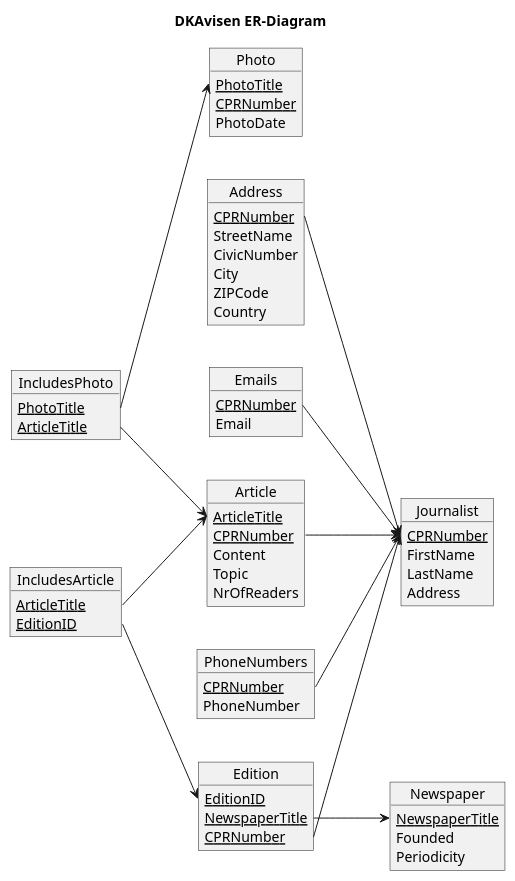
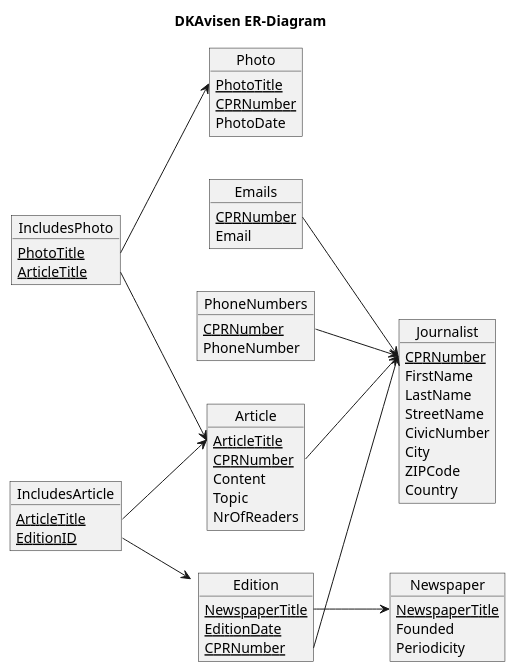
The diagram in Diagrams/ER-Diagram.pu (TobyNatooor/database_proj_group_1), drawn with PlantUML before and after one commit.

```diff
--- a/Diagrams/ER-Diagram.pu
+++ b/Diagrams/ER-Diagram.pu
@@ -1,80 +1,74 @@
 @startuml logical_design_diagram
 title DKAvisen ER-Diagram
 left to right direction
 skinparam linetype polyline
 ' skinparam linetype ortho
 
 Object Journalist {
     <u>CPRNumber
     FirstName
     LastName
-    Address
+    StreetName
+    CivicNumber
+    City
+    ZIPCode
+    Country
 }
 
 Object Emails {
     <u>CPRNumber
     Email
 }
 Emails::CPRNumber --> Journalist::CPRNumber
 
 Object PhoneNumbers {
     <u>CPRNumber
     PhoneNumber
 }
 PhoneNumbers::CPRNumber --> Journalist::CPRNumber
-
-Object Address {
-    <u>CPRNumber
-    StreetName
-    CivicNumber
-    City
-    ZIPCode
-    Country
-}
-Address::CPRNumber --> Journalist::CPRNumber
 
 Object Article {
     <u>ArticleTitle
     <u>CPRNumber
     Content
     Topic
     NrOfReaders
 }
 Article::CPRNumber --> Journalist::CPRNumber
 
 Object Photo {
     <u>PhotoTitle
     <u>CPRNumber
     PhotoDate
 }
 
 Object IncludesPhoto {
     <u>PhotoTitle
     <u>ArticleTitle
 }
 IncludesPhoto::PhotoTitle --> Photo::PhotoTitle
 IncludesPhoto::ArticleTitle --> Article::ArticleTitle
 
 Object Newspaper {
     <u>NewspaperTitle
     Founded
     Periodicity
 }
 
 Object Edition {
-    <u>EditionID
     <u>NewspaperTitle
+    <u>EditionDate
     <u>CPRNumber
 }
 Edition::NewspaperTitle --> Newspaper::NewspaperTitle
 Edition::CPRNumber --> Journalist::CPRNumber
 
 Object IncludesArticle {
     <u>ArticleTitle
     <u>EditionID
 }
 IncludesArticle::ArticleTitle --> Article::ArticleTitle
 IncludesArticle::EditionID --> Edition::EditionID
 
 
 @enduml
```
